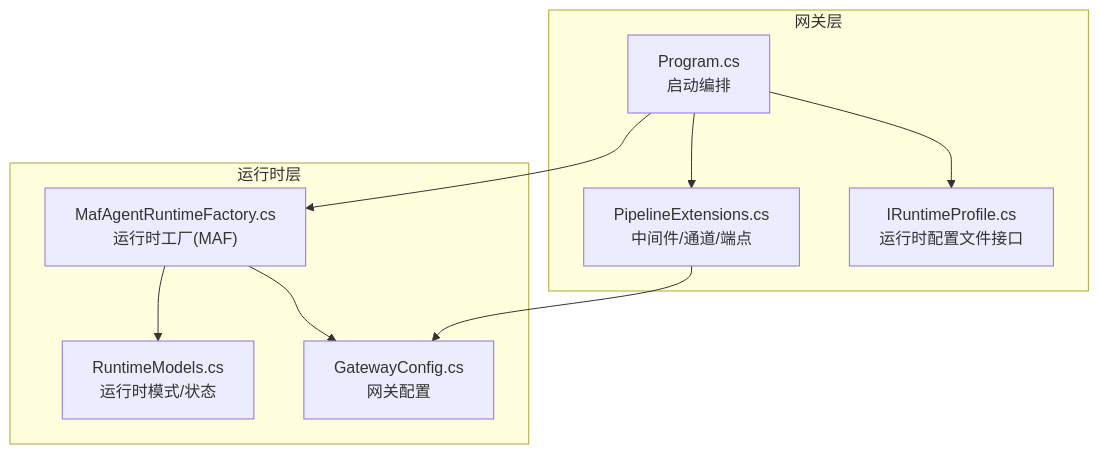
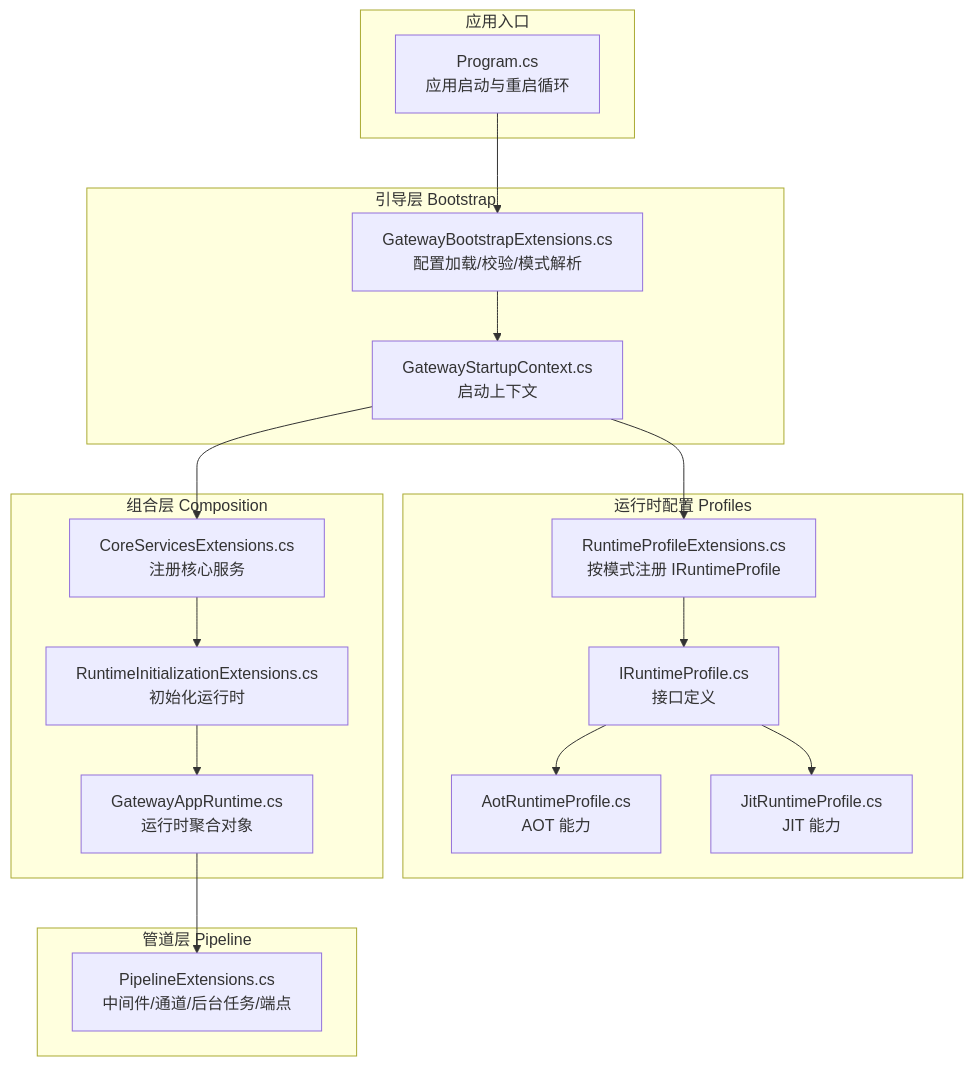
Before and after one commit to wayyet/kingcrab: the first of 8 diagrams in .qoder/repowiki/zh/content/架构设计/架构设计.md, drawn with Mermaid. The commit also changed other lines of this file and 173 other files, not shown here.

````diff
--- a/.qoder/repowiki/zh/content/架构设计/架构设计.md
+++ b/.qoder/repowiki/zh/content/架构设计/架构设计.md
@@ -41,19 +40,30 @@
 ```mermaid
 graph TB
-subgraph "网关层"
-Program["Program.cs<br/>启动编排"]
-Pipeline["PipelineExtensions.cs<br/>中间件/通道/端点"]
-Profiles["IRuntimeProfile.cs<br/>运行时配置文件接口"]
+subgraph "应用入口"
+P["Program.cs<br/>应用启动与重启循环"]
 end
-subgraph "运行时层"
-Agent["MafAgentRuntimeFactory.cs<br/>运行时工厂(MAF)"]
-CoreModels["RuntimeModels.cs<br/>运行时模式/状态"]
-GatewayCfg["GatewayConfig.cs<br/>网关配置"]
+subgraph "引导层 Bootstrap"
+BE["GatewayBootstrapExtensions.cs<br/>配置加载/校验/模式解析"]
+BS["GatewayStartupContext.cs<br/>启动上下文"]
 end
-Program --> Pipeline
-Program --> Profiles
-Program --> Agent
-Agent --> CoreModels
-Agent --> GatewayCfg
-Pipeline --> GatewayCfg
+subgraph "运行时配置 Profiles"
+PE["RuntimeProfileExtensions.cs<br/>按模式注册 IRuntimeProfile"]
+IRP["IRuntimeProfile.cs<br/>接口定义"]
+AOT["AotRuntimeProfile.cs<br/>AOT 能力"]
+JIT["JitRuntimeProfile.cs<br/>JIT 能力"]
+end
+subgraph "组合层 Composition"
+CE["CoreServicesExtensions.cs<br/>注册核心服务"]
+RI["RuntimeInitializationExtensions.cs<br/>初始化运行时"]
+GR["GatewayAppRuntime.cs<br/>运行时聚合对象"]
+end
+subgraph "管道层 Pipeline"
+PL["PipelineExtensions.cs<br/>中间件/通道/后台任务/端点"]
+end
+P --> BE --> BS
+BS --> PE --> IRP
+IRP --> AOT
+IRP --> JIT
+BS --> CE --> RI --> GR
+GR --> PL
 ```
````
